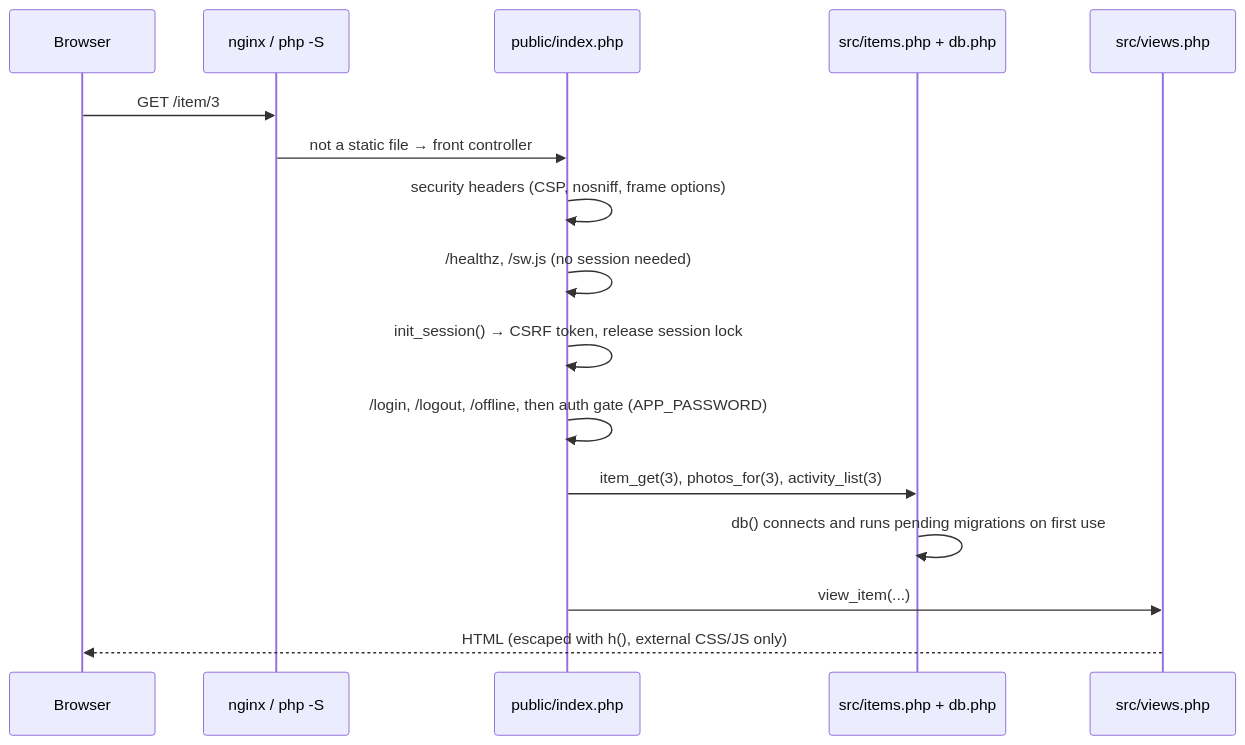
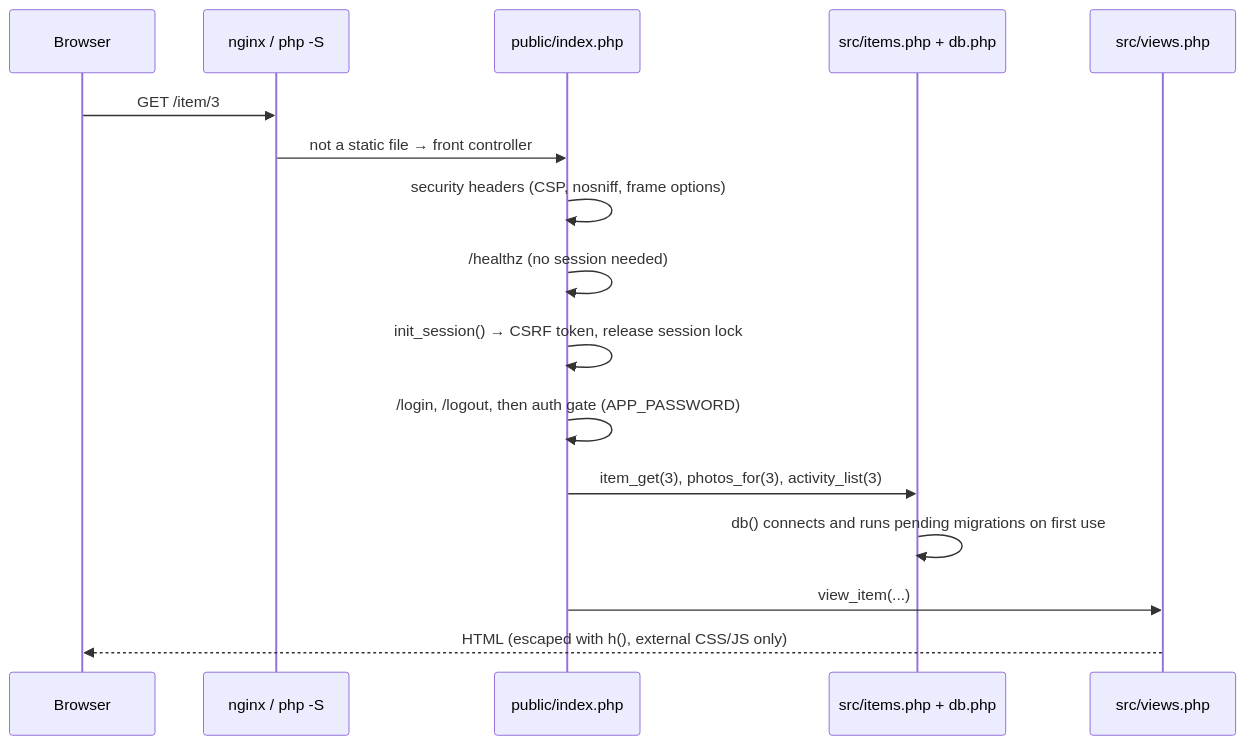
One commit to thordin9/apotheke changed the first of 2 diagrams in docs/architecture.md. Above: the diagram before and after it, drawn with Mermaid. The commit also changed other lines of this file and 6 other files, not shown here.

````diff
--- a/docs/architecture.md
+++ b/docs/architecture.md
@@ -35,18 +34,18 @@
 ```mermaid
 sequenceDiagram
   participant B as Browser
   participant W as nginx / php -S
   participant R as public/index.php
   participant D as src/items.php + db.php
   participant V as src/views.php
   B->>W: GET /item/3
   W->>R: not a static file → front controller
   R->>R: security headers (CSP, nosniff, frame options)
-  R->>R: /healthz, /sw.js (no session needed)
+  R->>R: /healthz (no session needed)
   R->>R: init_session() → CSRF token, release session lock
-  R->>R: /login, /logout, /offline, then auth gate (APP_PASSWORD)
+  R->>R: /login, /logout, then auth gate (APP_PASSWORD)
   R->>D: item_get(3), photos_for(3), activity_list(3)
   D->>D: db() connects and runs pending migrations on first use
   R->>V: view_item(...)
   V-->>B: HTML (escaped with h(), external CSS/JS only)
 ```
````
